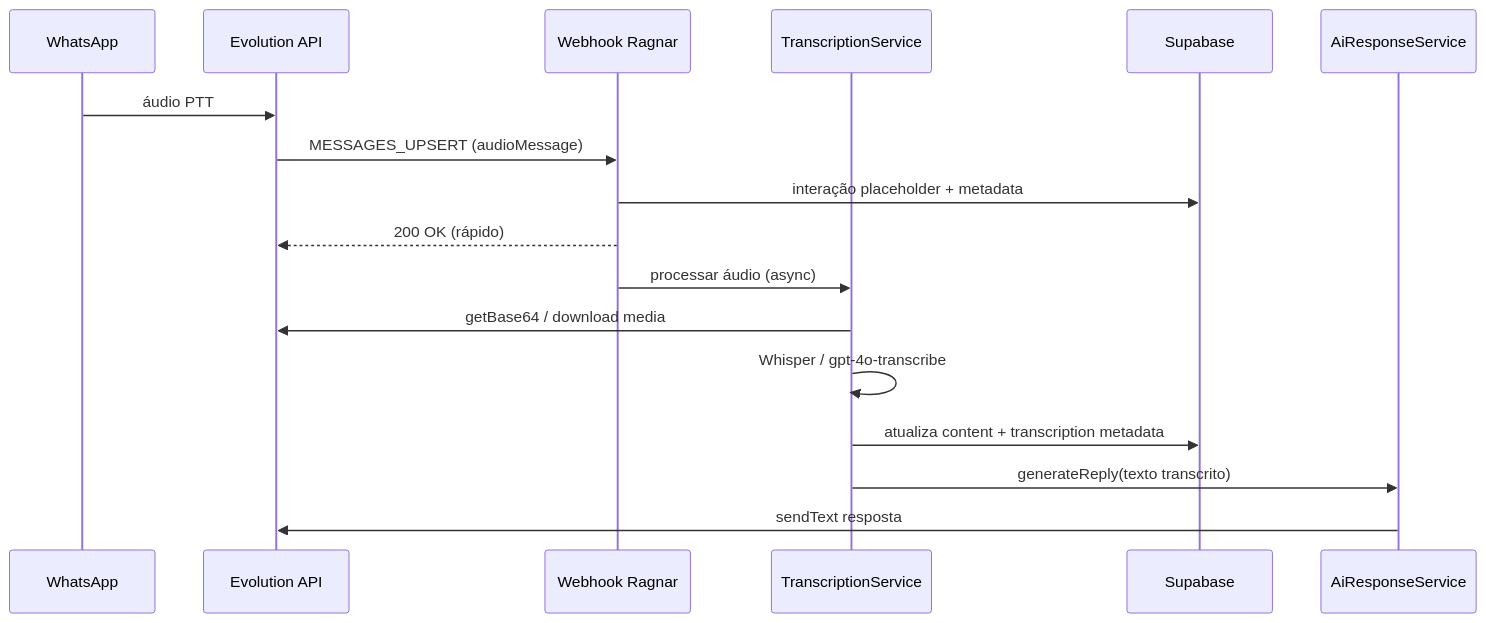
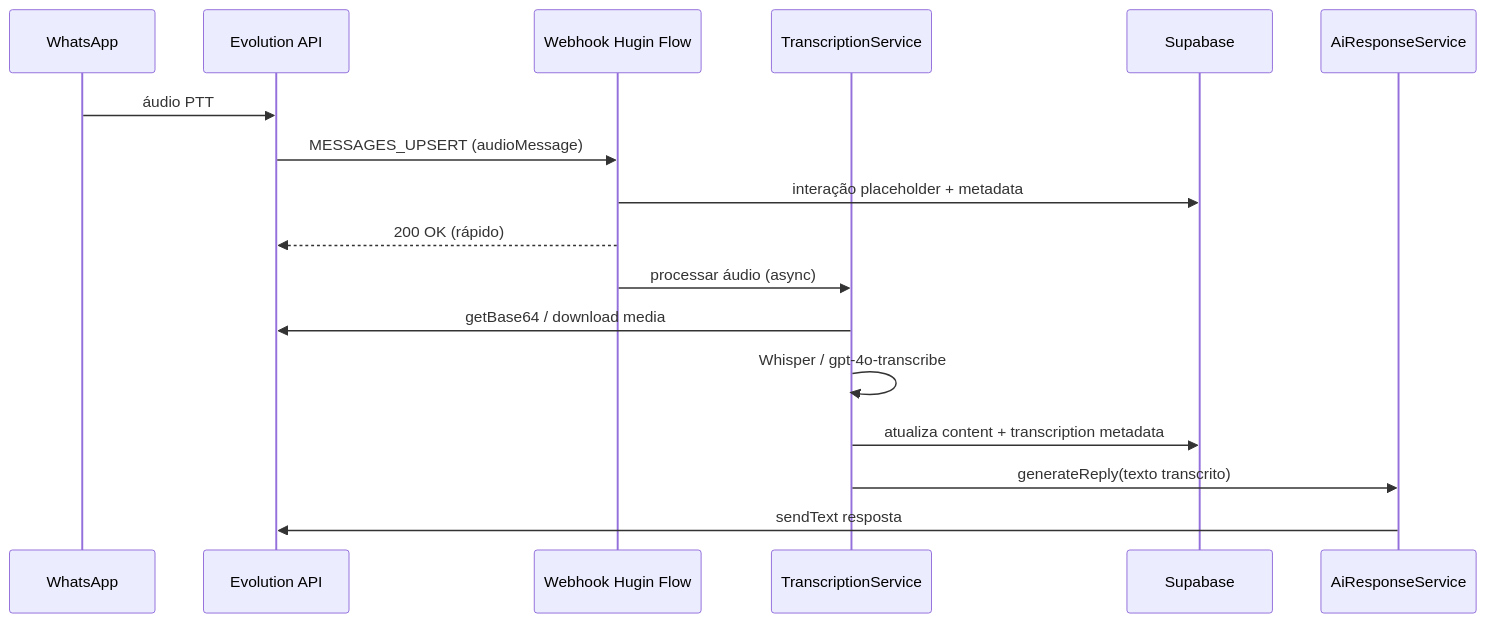
The diagram in docs/planejamento-transcricao-audio-whatsapp.md (RN3-Alexandre-Nordin/huginflow), drawn with Mermaid before and after one commit. The commit also changed 109 other files, not shown here.

First line of the commit message:
feat(rebrand): concluir migração Hugin Flow e treinamento de operadores

````diff
--- a/docs/planejamento-transcricao-audio-whatsapp.md
+++ b/docs/planejamento-transcricao-audio-whatsapp.md
@@ -53,20 +53,20 @@
 ```mermaid
 sequenceDiagram
   participant WA as WhatsApp
   participant EVO as Evolution API
-  participant WH as Webhook Ragnar
+  participant WH as Webhook Hugin Flow
   participant TR as TranscriptionService
   participant DB as Supabase
   participant IA as AiResponseService
 
   WA->>EVO: áudio PTT
   EVO->>WH: MESSAGES_UPSERT (audioMessage)
   WH->>DB: interação placeholder + metadata
   WH-->>EVO: 200 OK (rápido)
   WH->>TR: processar áudio (async)
   TR->>EVO: getBase64 / download media
   TR->>TR: Whisper / gpt-4o-transcribe
   TR->>DB: atualiza content + transcription metadata
   TR->>IA: generateReply(texto transcrito)
   IA->>EVO: sendText resposta
 ```
````
